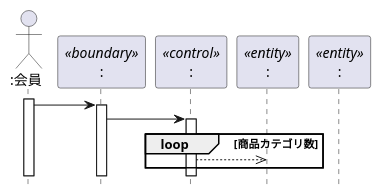
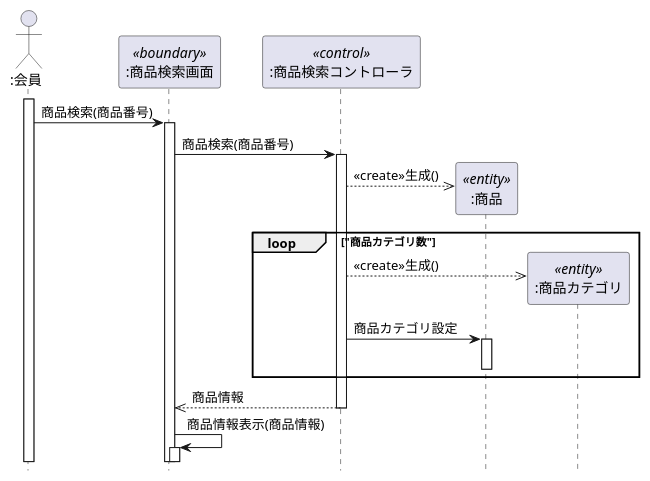
One commit to masakan590/uml-introduction changed the diagram in 演習4-5_SD_商品情報検索.pu. Above: the diagram before and after it, drawn with PlantUML. The commit also changed 3 other files, not shown here.

```diff
--- a/演習4-5_SD_商品情報検索.pu
+++ b/演習4-5_SD_商品情報検索.pu
@@ -1,32 +1,26 @@
-@startuml
+@startuml  
 hide footbox
 Actor ":会員" as user
-participant ":" as boundary <<boundary>>
-participant ":" as control <<control>>
-participant ":" as entity1 <<entity>>
-participant ":" as entity2 <<entity>>
+participant ":商品検索画面" as bon <<boundary>> 
+participant ":商品検索コントローラ" as con <<control>>
+participant ":商品" as ent <<entity>>
+participant ":商品カテゴリ" as ent1 <<entity>>
 activate user
-user -> boundary
-activate boundary
-boundary -> control
-activate control
-loop 商品カテゴリ数
-control -->> entity1
+user -> bon :商品検索(商品番号)
+activate bon
+bon -> con :商品検索(商品番号)
+activate con
+create ent
+con -->> ent :<<create>>生成()
+loop "商品カテゴリ数"
+create ent1
+con -->> ent1:<<create>>生成()
+con -> ent :商品カテゴリ設定
+activate ent
+deactivate ent
 end loop
-
-
-
-
-
-
-
-
-
-
-
-
-
-
-
-
+bon <<-- con :商品情報
+deactivate con 
+bon -> bon :商品情報表示(商品情報)
+activate bon
 @enduml
```
